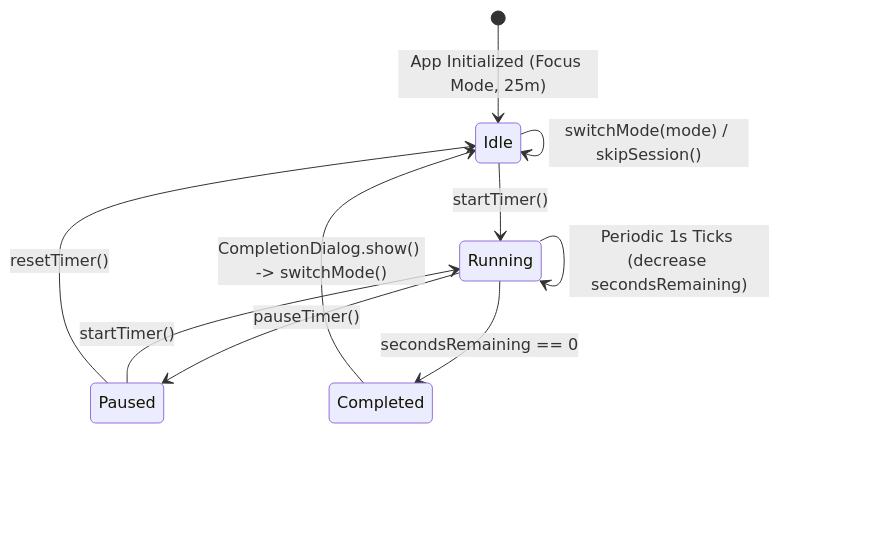
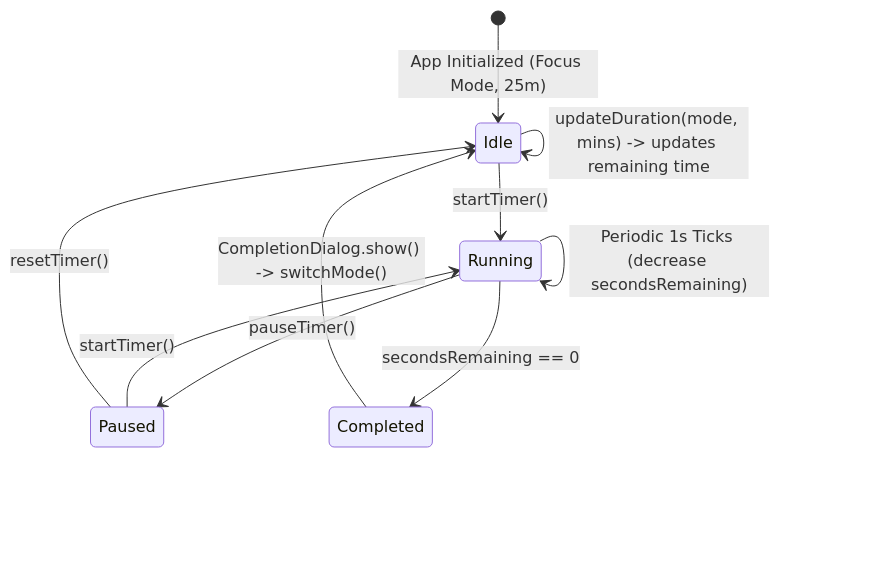
The diagram in README.md (JAIN2309/pomoflow-timer), drawn with Mermaid before and after one commit. The commit also changed other lines of this file, not shown here.

````diff
--- a/README.md
+++ b/README.md
@@ -51,12 +55,13 @@
 ```mermaid
 stateDiagram-v2
     [*] --> Idle : App Initialized (Focus Mode, 25m)
     Idle --> Running : startTimer()
     Running --> Running : Periodic 1s Ticks (decrease secondsRemaining)
     Running --> Paused : pauseTimer()
     Paused --> Running : startTimer()
     Paused --> Idle : resetTimer()
     Running --> Completed : secondsRemaining == 0
     Completed --> Idle : CompletionDialog.show() -> switchMode()
     Idle --> Idle : switchMode(mode) / skipSession()
+    Idle --> Idle : updateDuration(mode, mins) -> updates remaining time
 ```
````
